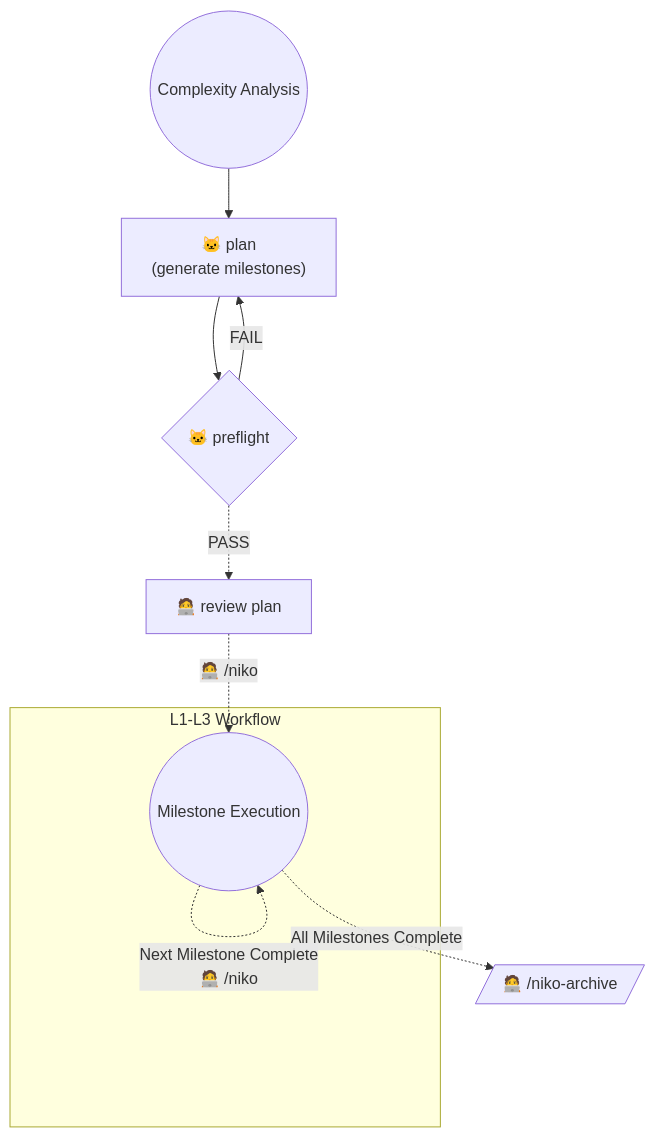
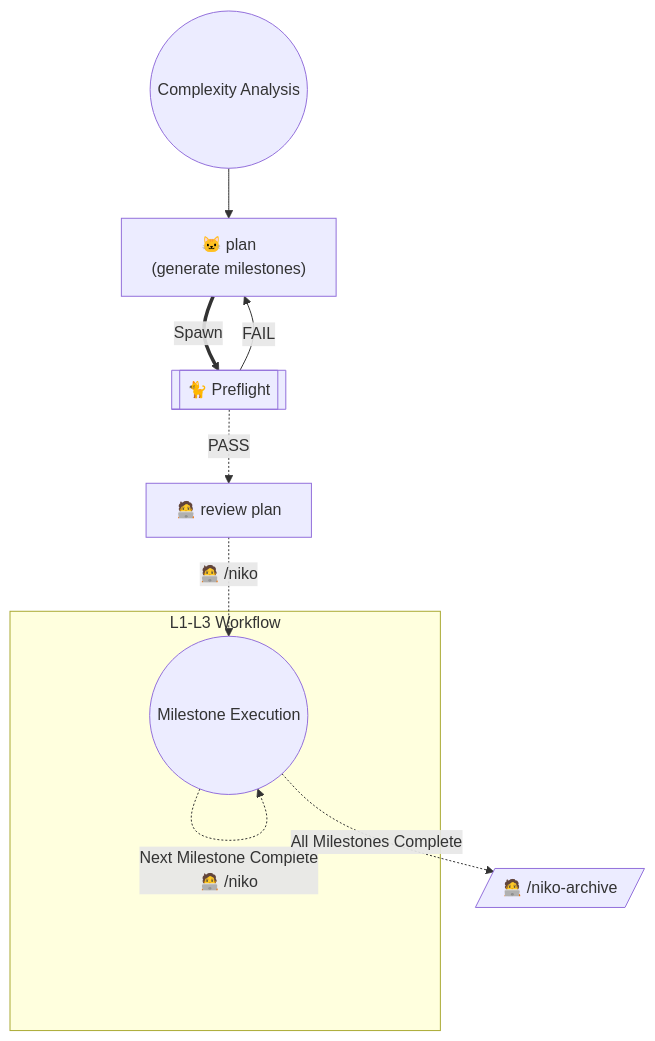
The diagram in .cursor/skills/shared/niko/references/level4/level4-workflow.md (Texarkanine/jekyll-highlight-cards), drawn with Mermaid before and after one commit. The commit also changed other lines of this file and 15 other files, not shown here.

````diff
--- a/.cursor/skills/shared/niko/references/level4/level4-workflow.md
+++ b/.cursor/skills/shared/niko/references/level4/level4-workflow.md
@@ -9,13 +9,13 @@
 ```mermaid
 graph TD
     Start(("Complexity Analysis")) --> NikoPlan["🐱 plan<br>(generate milestones)"]
-    NikoPlan --> NikoPreflight{"🐱 preflight"}
+    NikoPlan ==Spawn==> NikoPreflight[["🐈 Preflight"]]
     NikoPreflight -->|"FAIL"| NikoPlan
     NikoPreflight -.->|"PASS"| ManualReview["🧑‍💻 review plan"]
     ManualReview -.->|"🧑‍💻 /niko"| Niko
     subgraph SubWorkflow["L1-L3 Workflow"]
         Niko(("Milestone Execution"))
         Niko -.->|"Next Milestone Complete<br>🧑‍💻 /niko"| Niko
     end
     Niko -.->|"All Milestones Complete"| NikoArchive[/"🧑‍💻 /niko-archive"/]
 ```
````
